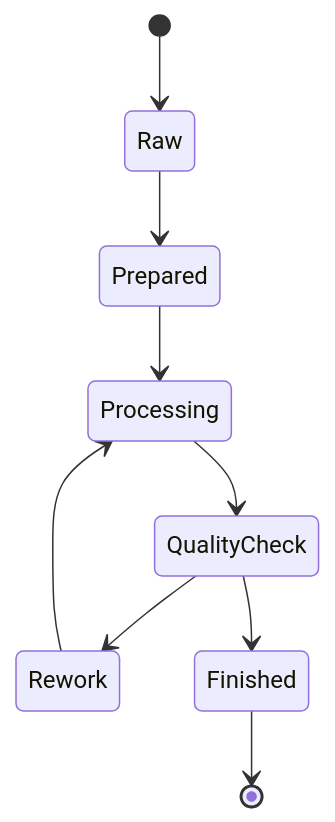
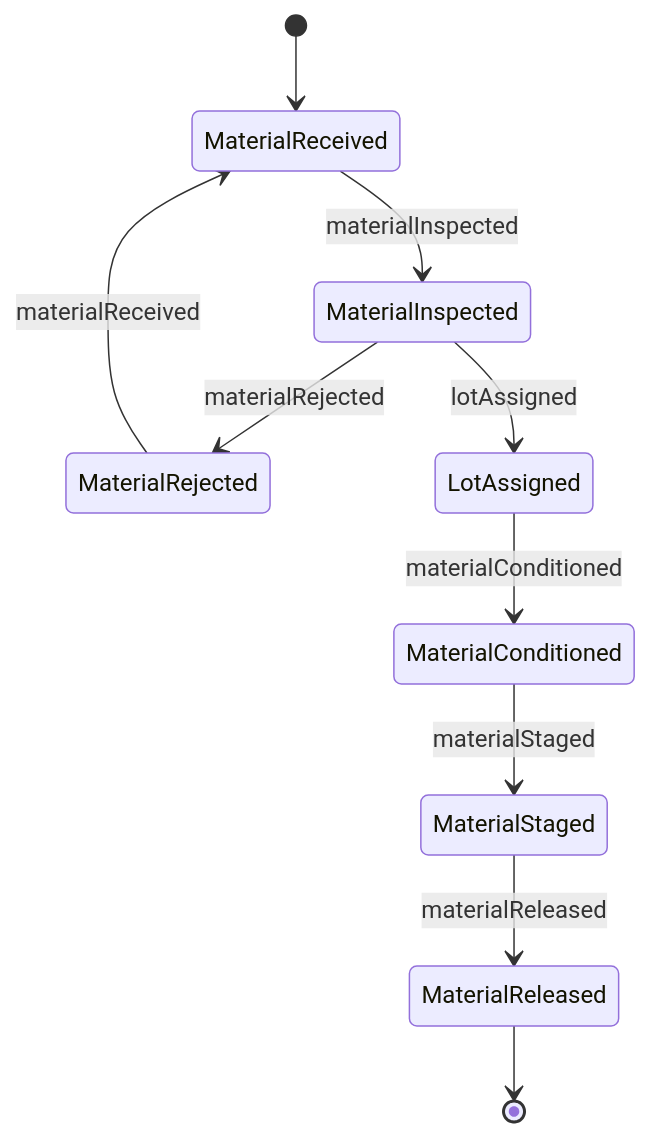
One commit to dot-org-ai/tasks.org.ai changed the second of 4 diagrams in HandlingAndMovingObjects/PrepareIndustrialMaterialsForProcessingOrUse/PrepareMaterialsProcessing.mdx. Above: the diagram before and after it, drawn with Mermaid. The commit also changed other lines of this file and 515 other files, not shown here.

````diff
--- a/HandlingAndMovingObjects/PrepareIndustrialMaterialsForProcessingOrUse/PrepareMaterialsProcessing.mdx
+++ b/HandlingAndMovingObjects/PrepareIndustrialMaterialsForProcessingOrUse/PrepareMaterialsProcessing.mdx
@@ -100,11 +101,12 @@
 ```mermaid
 stateDiagram-v2
-    [*] --> Raw
-    Raw --> Prepared
-    Prepared --> Processing
-    Processing --> QualityCheck
-    QualityCheck --> Rework
-    Rework --> Processing
-    QualityCheck --> Finished
-    Finished --> [*]
+    [*] --> MaterialReceived
+    MaterialReceived --> MaterialInspected : materialInspected
+    MaterialInspected --> MaterialRejected : materialRejected
+    MaterialInspected --> LotAssigned : lotAssigned
+    LotAssigned --> MaterialConditioned : materialConditioned
+    MaterialConditioned --> MaterialStaged : materialStaged
+    MaterialStaged --> MaterialReleased : materialReleased
+    MaterialReleased --> [*]
+    MaterialRejected --> MaterialReceived : materialReceived
 ```
````
